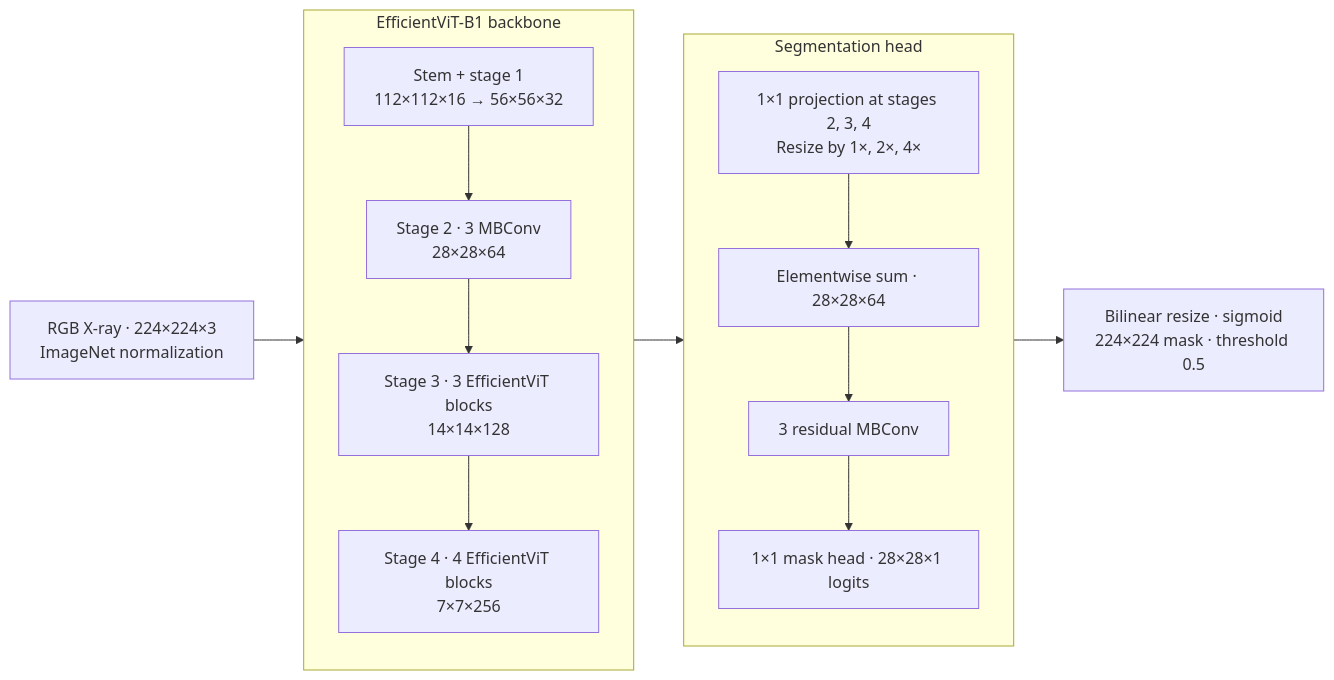
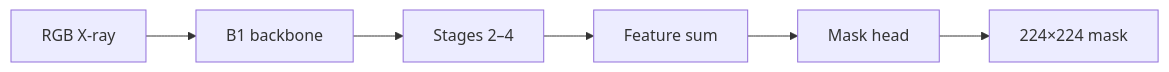
The second of 2 diagrams in README.md (torusama/XLA-uia), drawn with Mermaid before and after one commit. The commit also changed other lines of this file and 3 other files, not shown here.

Commit message:
Simplify model diagrams and loop README demo clips

````diff
--- a/README.md
+++ b/README.md
@@ -106,17 +107,11 @@
 ```mermaid
+---
+config:
+  htmlLabels: false
+  flowchart:
+    htmlLabels: false
+---
 flowchart LR
-    I["RGB X-ray · 224×224×3<br/>ImageNet normalization"]
-    subgraph B["EfficientViT-B1 backbone"]
-        direction TB
-        S01["Stem + stage 1<br/>112×112×16 → 56×56×32"] --> S2["Stage 2 · 3 MBConv<br/>28×28×64"]
-        S2 --> S3["Stage 3 · 3 EfficientViT blocks<br/>14×14×128"]
-        S3 --> S4["Stage 4 · 4 EfficientViT blocks<br/>7×7×256"]
-    end
-    subgraph H["Segmentation head"]
-        direction TB
-        P["1×1 projection at stages 2, 3, 4<br/>Resize by 1×, 2×, 4×"] --> F["Elementwise sum · 28×28×64"]
-        F --> M["3 residual MBConv"]
-        M --> L["1×1 mask head · 28×28×1 logits"]
-    end
-    I --> B --> H --> O["Bilinear resize · sigmoid<br/>224×224 mask · threshold 0.5"]
+    I["RGB X-ray"] --> B["B1 backbone"] --> P["Stages 2–4"]
+    P --> F["Feature sum"] --> H["Mask head"] --> O["224×224 mask"]
 ```
````
